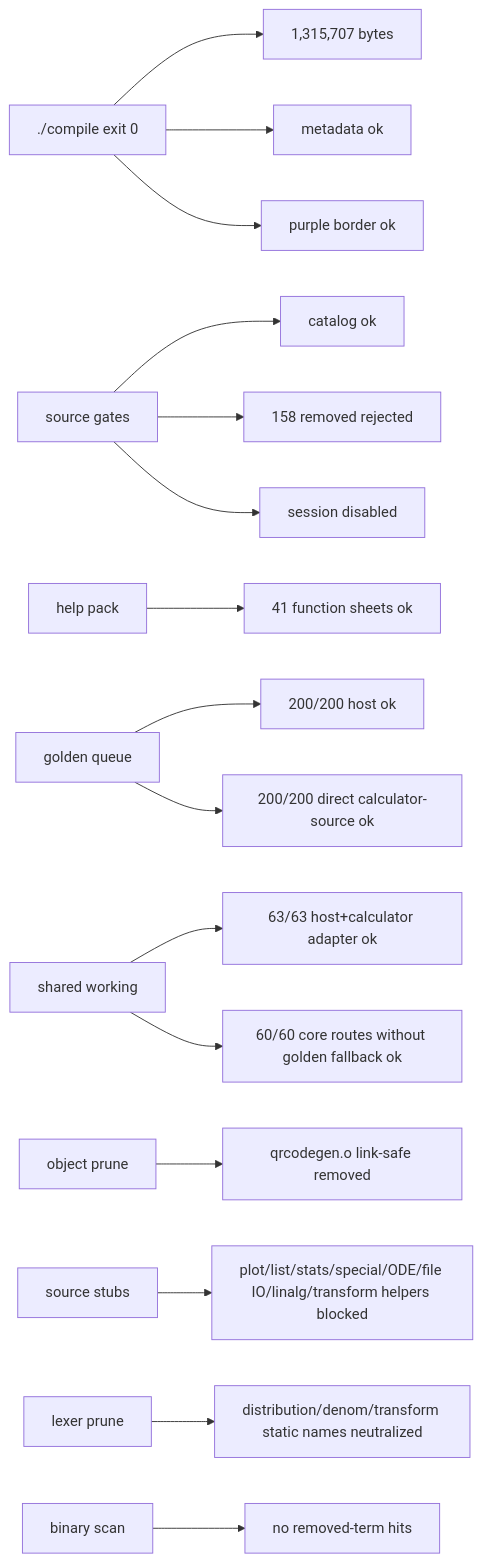
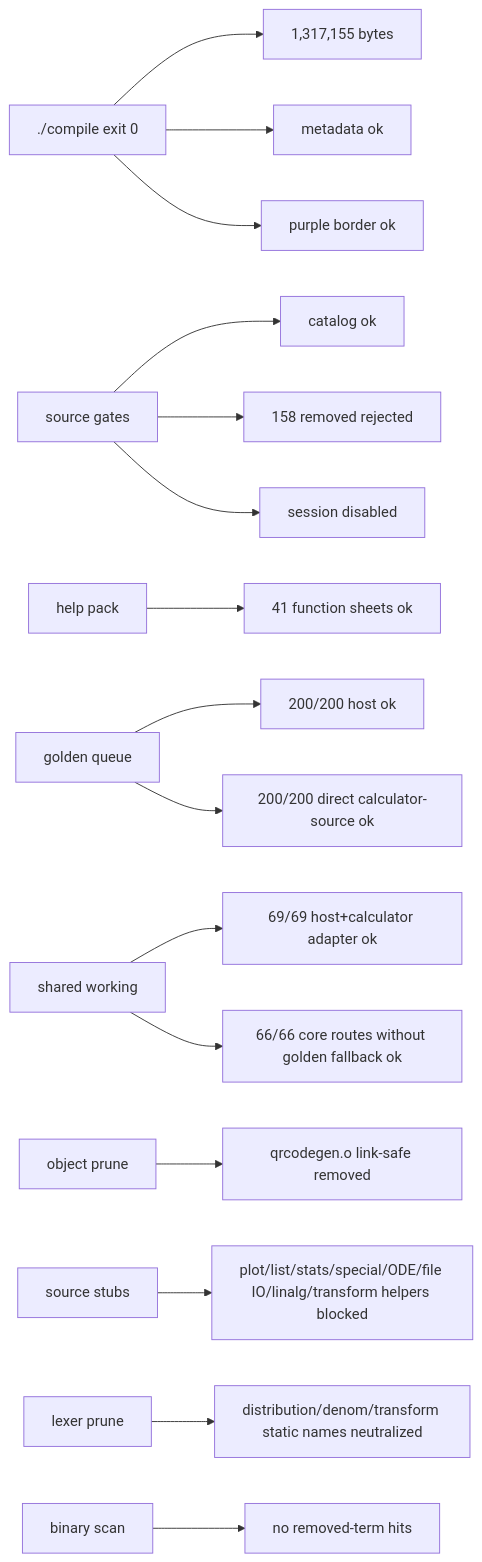
One commit to james8464/notes-addin-casio-fx-cg50 changed the seventh of 7 diagrams in docs/GRAPH.md. Above: the diagram before and after it, drawn with Mermaid. The commit also changed other lines of this file and 3 other files, not shown here.

Commit message:
feat: add numeric rounding working routes

````diff
--- a/docs/GRAPH.md
+++ b/docs/GRAPH.md
@@ -138,18 +139,18 @@
 ```mermaid
 graph LR
-  Build["./compile exit 0"] --> Size["1,315,707 bytes"]
+  Build["./compile exit 0"] --> Size["1,317,155 bytes"]
   Build --> Meta["metadata ok"]
   Build --> Border["purple border ok"]
   Source["source gates"] --> Catalog["catalog ok"]
   Source --> Removed["158 removed rejected"]
   Source --> Session["session disabled"]
   Help["help pack"] --> HelpQ["41 function sheets ok"]
   Queue["golden queue"] --> QueueRun["200/200 host ok"]
   Queue --> GoldenRun["200/200 direct calculator-source ok"]
-  Shared["shared working"] --> SharedRun["63/63 host+calculator adapter ok"]
-  Shared --> CoreRun["60/60 core routes without golden fallback ok"]
+  Shared["shared working"] --> SharedRun["69/69 host+calculator adapter ok"]
+  Shared --> CoreRun["66/66 core routes without golden fallback ok"]
   Obj["object prune"] --> QR["qrcodegen.o link-safe removed"]
   Macro["source stubs"] --> Stubbed["plot/list/stats/special/ODE/file IO/linalg/transform helpers blocked"]
   Static["lexer prune"] --> StaticRun["distribution/denom/transform static names neutralized"]
   Bin["binary scan"] --> NoLeak["no removed-term hits"]
 ```
````
